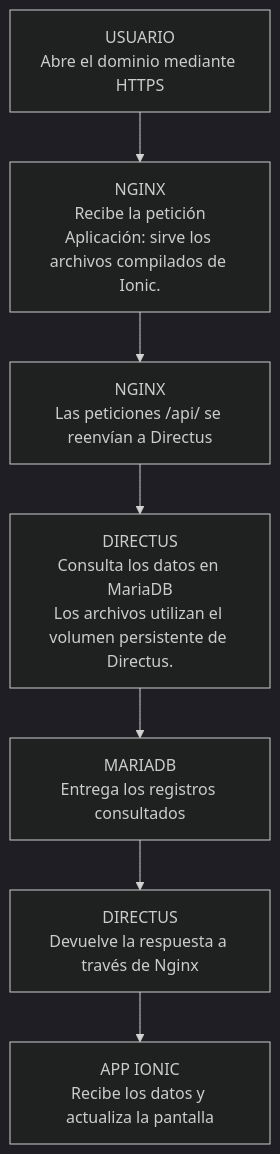
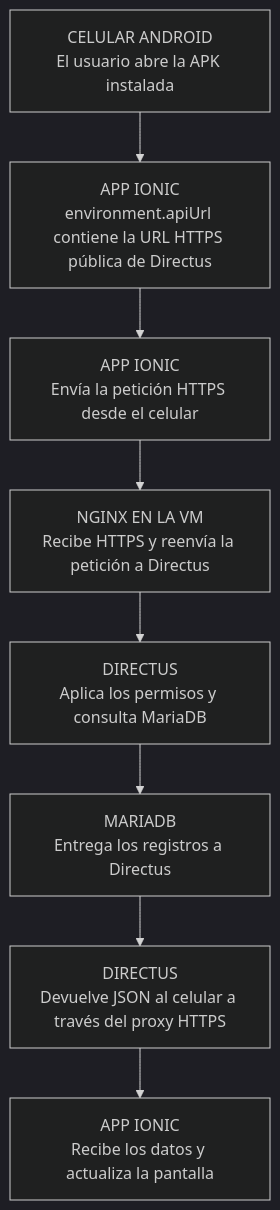
The diagram in docs/manuales/recursos/flujos/16-despliegue.mmd (JonathanDeLaCruz/docker_moviles), drawn with Mermaid (dark theme) before and after one commit. The commit also changed 13 other files, not shown here.

Commit message:
docs: corrige despliegue de API y verifica APK del manual 16

```diff
--- a/docs/manuales/recursos/flujos/16-despliegue.mmd
+++ b/docs/manuales/recursos/flujos/16-despliegue.mmd
@@ -1,14 +1,16 @@
 flowchart TD
-  N0["USUARIO<br/>Abre el dominio mediante HTTPS"]
-  N1["NGINX<br/>Recibe la petición<br/>Aplicación: sirve los archivos compilados de Ionic."]
-  N2["NGINX<br/>Las peticiones /api/ se reenvían a Directus"]
-  N3["DIRECTUS<br/>Consulta los datos en MariaDB<br/>Los archivos utilizan el volumen persistente de Directus."]
-  N4["MARIADB<br/>Entrega los registros consultados"]
-  N5["DIRECTUS<br/>Devuelve la respuesta a través de Nginx"]
-  N6["APP IONIC<br/>Recibe los datos y actualiza la pantalla"]
+  N0["CELULAR ANDROID<br/>El usuario abre la APK instalada"]
+  N1["APP IONIC<br/>environment.apiUrl contiene la URL HTTPS pública de Directus"]
+  N2["APP IONIC<br/>Envía la petición HTTPS desde el celular"]
+  N3["NGINX EN LA VM<br/>Recibe HTTPS y reenvía la petición a Directus"]
+  N4["DIRECTUS<br/>Aplica los permisos y consulta MariaDB"]
+  N5["MARIADB<br/>Entrega los registros a Directus"]
+  N6["DIRECTUS<br/>Devuelve JSON al celular a través del proxy HTTPS"]
+  N7["APP IONIC<br/>Recibe los datos y actualiza la pantalla"]
   N0 --> N1
   N1 --> N2
   N2 --> N3
   N3 --> N4
   N4 --> N5
   N5 --> N6
+  N6 --> N7
```
